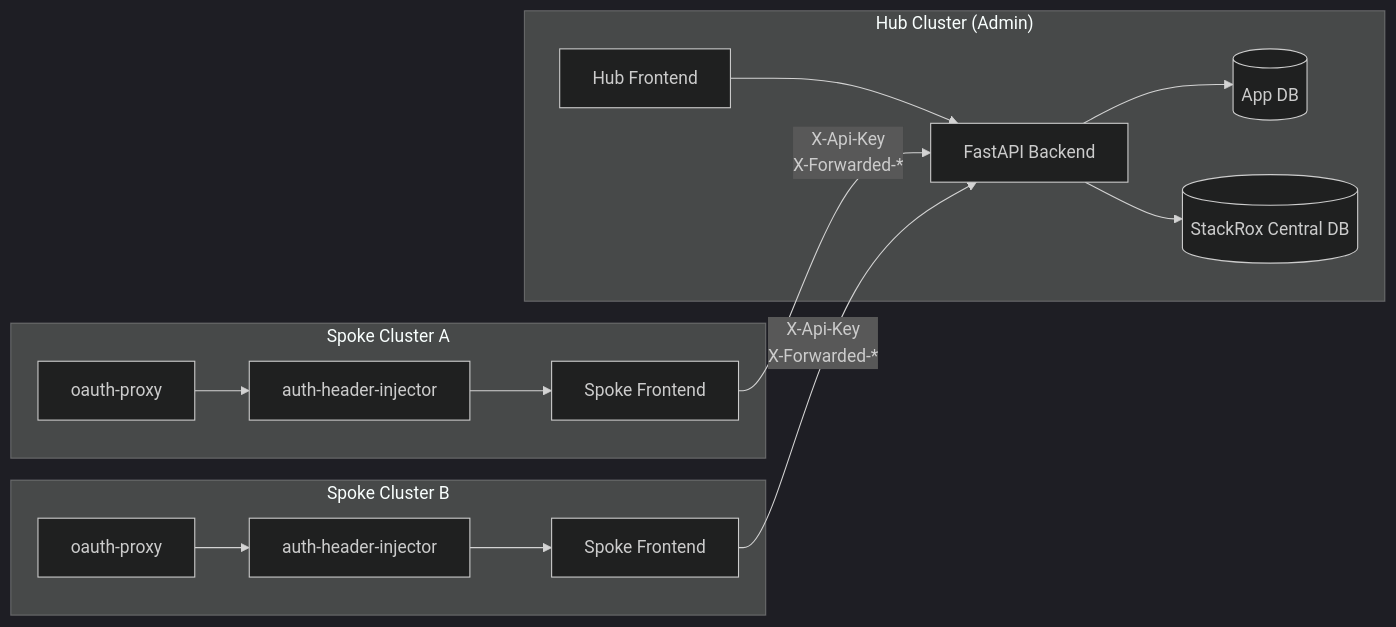
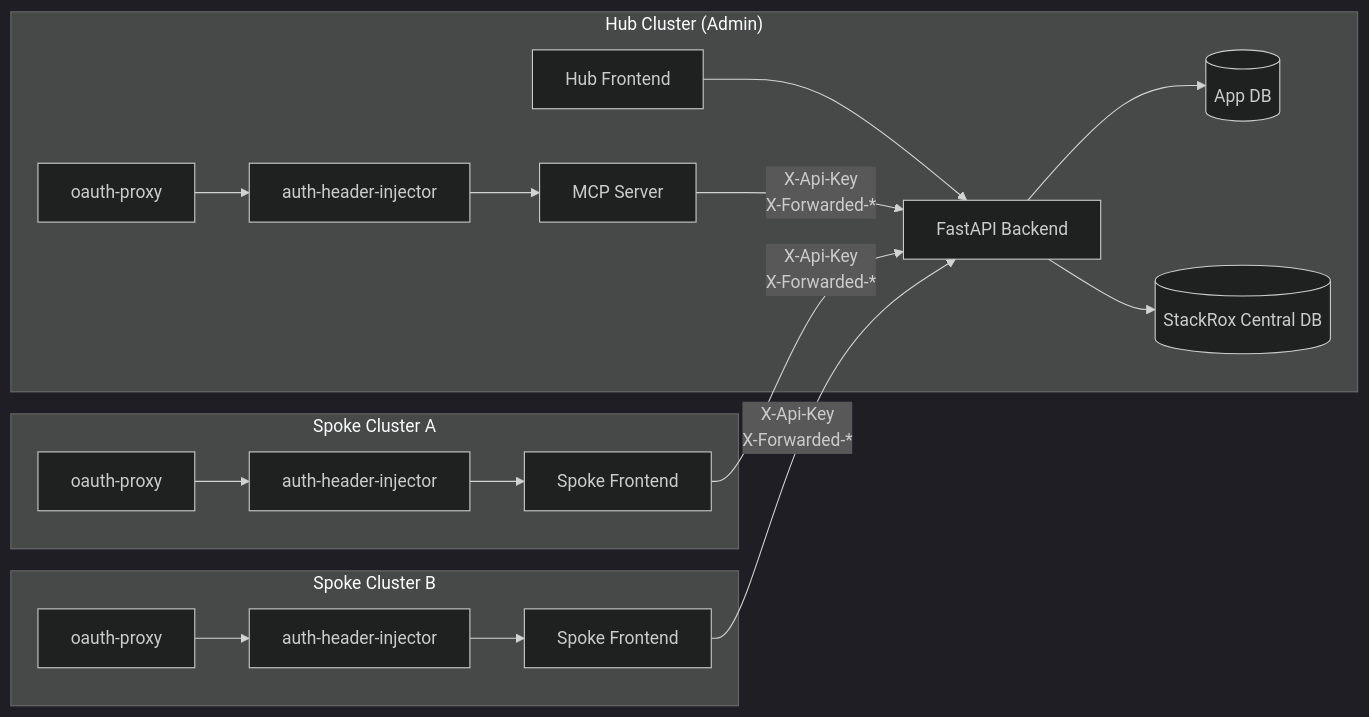
Before and after one commit to dadav/rhacs-manager: the first of 4 diagrams in docs/architecture.md, drawn with Mermaid (dark theme). The commit also changed other lines of this file and 13 other files, not shown here.

Commit message:
fix: Adjust mcp flow

````diff
--- a/docs/architecture.md
+++ b/docs/architecture.md
@@ -7,33 +7,40 @@
 ```mermaid
 graph LR
     subgraph "Hub Cluster (Admin)"
         BE["FastAPI Backend"]
         FE_HUB["Hub Frontend"]
+        MCP_OP["oauth-proxy"]
+        MCP_NR["auth-header-injector"]
+        MCP["MCP Server"]
         APP_DB[("App DB")]
         SX_DB[("StackRox Central DB")]
     end
 
     subgraph "Spoke Cluster A"
         OP_A["oauth-proxy"]
         NR_A["auth-header-injector"]
         FE_A["Spoke Frontend"]
     end
 
     subgraph "Spoke Cluster B"
         OP_B["oauth-proxy"]
         NR_B["auth-header-injector"]
         FE_B["Spoke Frontend"]
     end
 
     FE_HUB --> BE
     BE --> APP_DB
     BE --> SX_DB
 
+    MCP_OP --> MCP_NR
+    MCP_NR --> MCP
+    MCP -->|"X-Api-Key<br/>X-Forwarded-*"| BE
+
     OP_A --> NR_A
     NR_A --> FE_A
     FE_A -->|"X-Api-Key<br/>X-Forwarded-*"| BE
 
     OP_B --> NR_B
     NR_B --> FE_B
     FE_B -->|"X-Api-Key<br/>X-Forwarded-*"| BE
 ```
````
